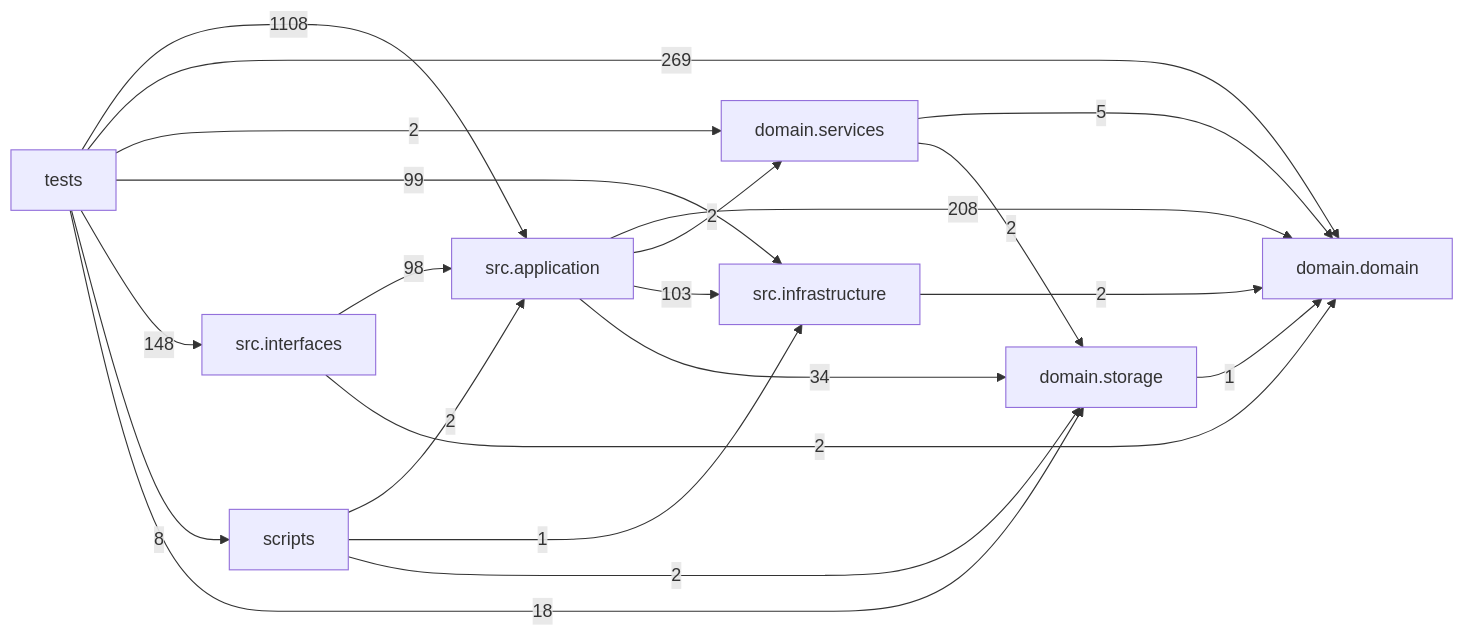
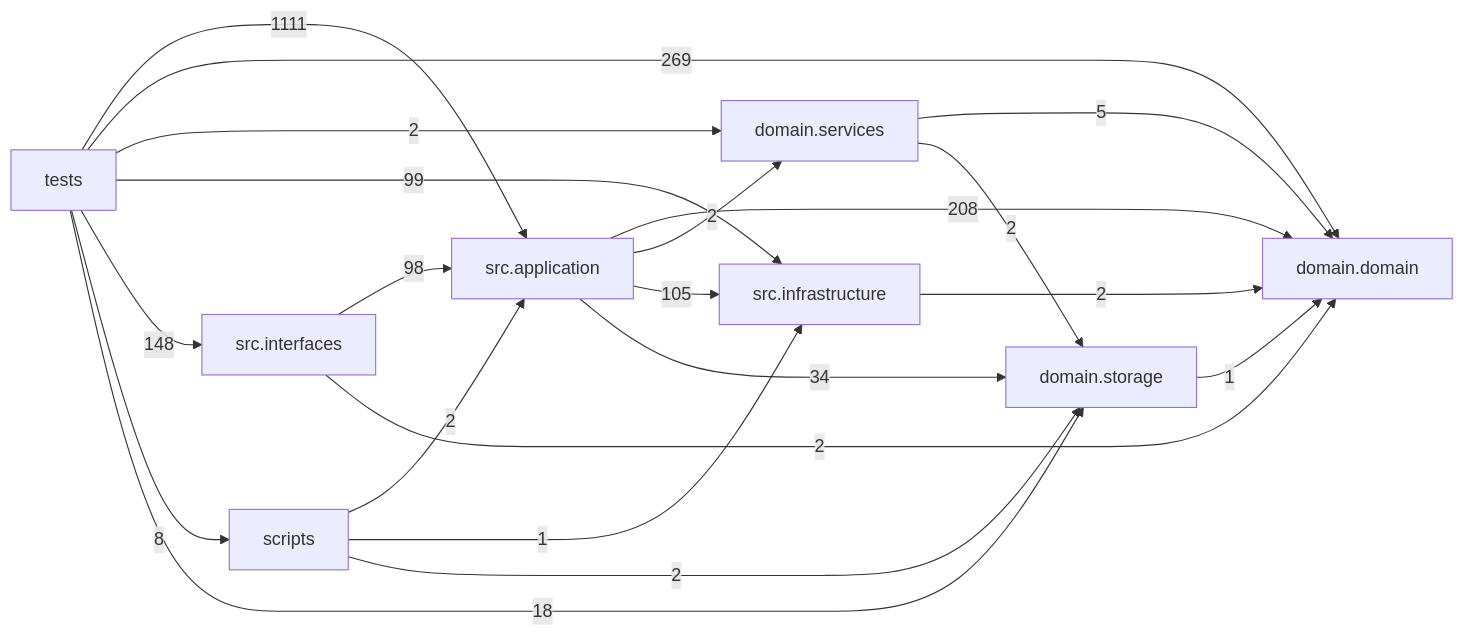
The diagram in docs/DEPENDENCY_GRAPH.md (liuxie066/options-monitor), drawn with Mermaid before and after one commit. The commit also changed other lines of this file and 11 other files, not shown here.

````diff
--- a/docs/DEPENDENCY_GRAPH.md
+++ b/docs/DEPENDENCY_GRAPH.md
@@ -24,31 +24,31 @@
 ```mermaid
 flowchart LR
   tests["tests"]
   scripts["scripts"]
   interfaces["src.interfaces"]
   application["src.application"]
   infrastructure["src.infrastructure"]
   domain_services["domain.services"]
   domain["domain.domain"]
   storage["domain.storage"]
   application -->|208| domain
   application -->|2| domain_services
-  application -->|103| infrastructure
+  application -->|105| infrastructure
   application -->|34| storage
   domain_services -->|5| domain
   domain_services -->|2| storage
   infrastructure -->|2| domain
   interfaces -->|98| application
   interfaces -->|2| domain
   scripts -->|2| application
   scripts -->|1| infrastructure
   scripts -->|2| storage
   storage -->|1| domain
-  tests -->|1108| application
+  tests -->|1111| application
   tests -->|269| domain
   tests -->|2| domain_services
   tests -->|99| infrastructure
   tests -->|148| interfaces
   tests -->|8| scripts
   tests -->|18| storage
 ```
````
